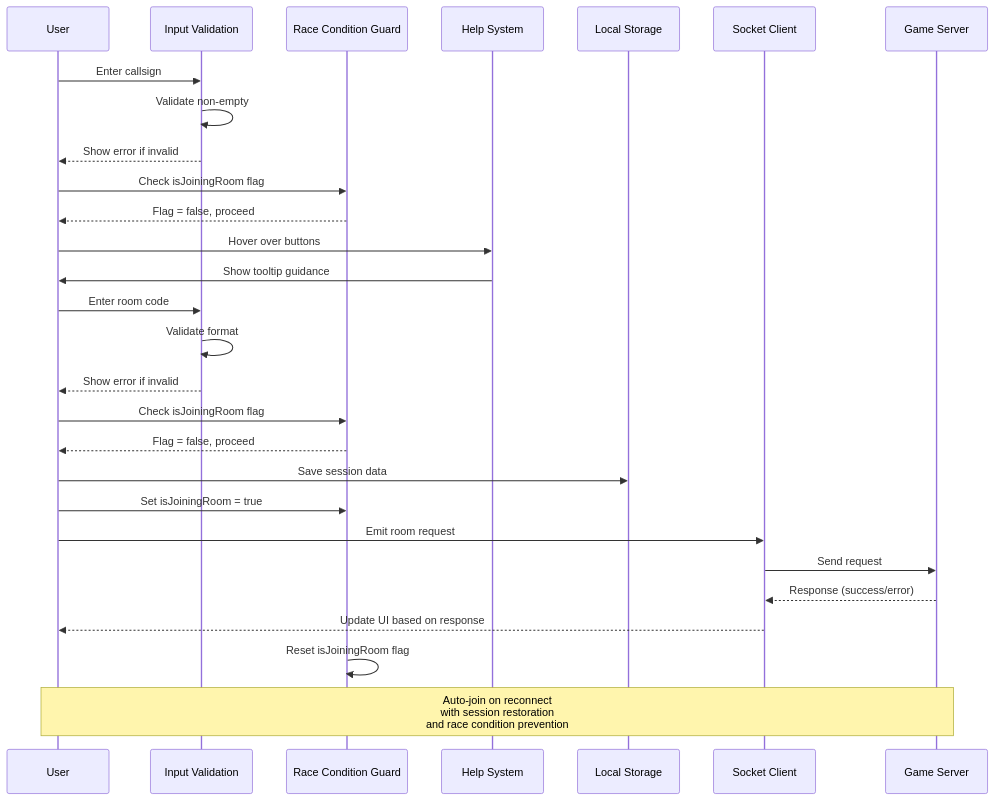
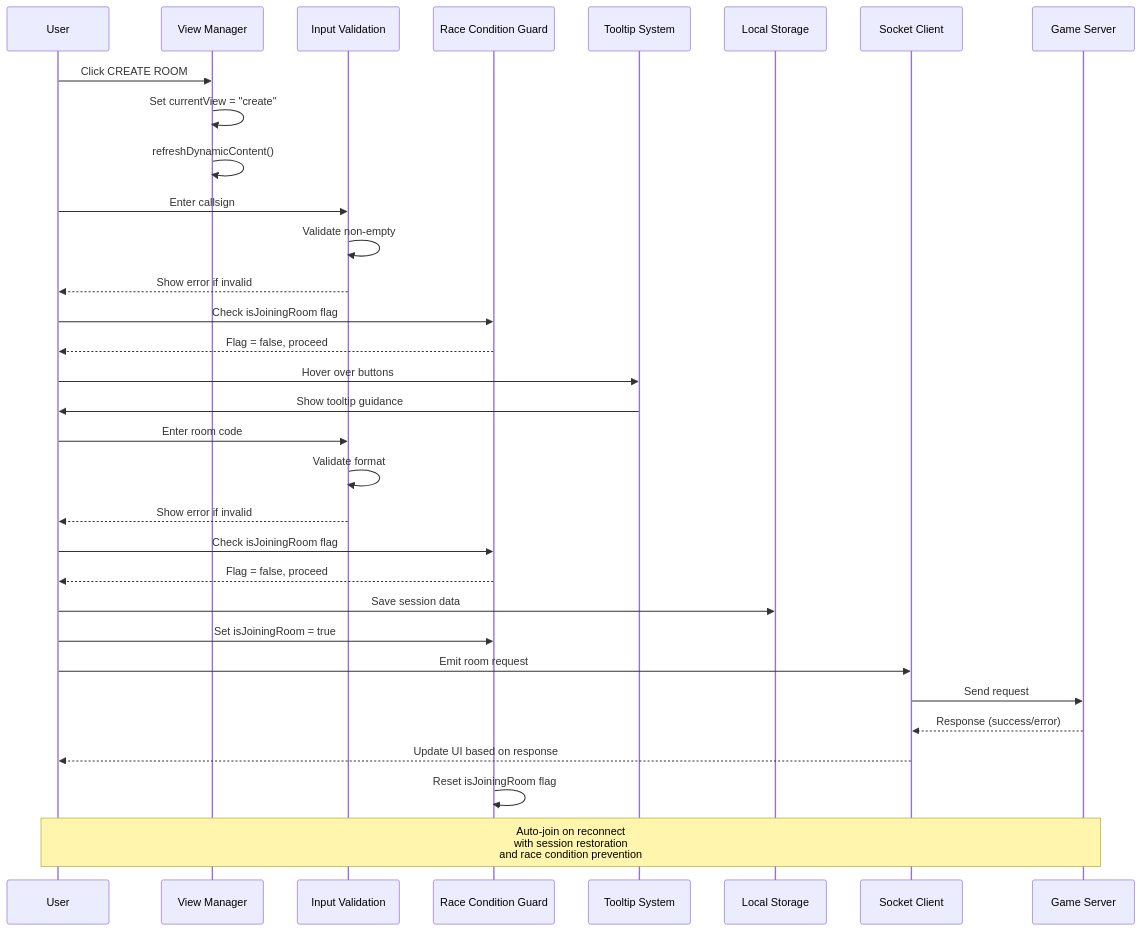
The fifth of 15 diagrams in .qoder/repowiki/en/content/Lobby Screen.md (dkoukoul/escape-room-mvp), drawn with Mermaid before and after one commit. The commit also changed other lines of this file and 1 other file, not shown here.

````diff
--- a/.qoder/repowiki/en/content/Lobby Screen.md
+++ b/.qoder/repowiki/en/content/Lobby Screen.md
@@ -285,30 +303,34 @@
 ```mermaid
 sequenceDiagram
 participant User as User
+participant ViewManager as View Manager
 participant Input as Input Validation
 participant RaceGuard as Race Condition Guard
-participant HelpSystem as Help System
+participant TooltipSystem as Tooltip System
 participant Storage as Local Storage
 participant Socket as Socket Client
 participant Server as Game Server
+User->>ViewManager : Click CREATE ROOM
+ViewManager->>ViewManager : Set currentView = "create"
+ViewManager->>ViewManager : refreshDynamicContent()
 User->>Input : Enter callsign
 Input->>Input : Validate non-empty
 Input-->>User : Show error if invalid
 User->>RaceGuard : Check isJoiningRoom flag
 RaceGuard-->>User : Flag = false, proceed
-User->>HelpSystem : Hover over buttons
-HelpSystem->>User : Show tooltip guidance
+User->>TooltipSystem : Hover over buttons
+TooltipSystem->>User : Show tooltip guidance
 User->>Input : Enter room code
 Input->>Input : Validate format
 Input-->>User : Show error if invalid
 User->>RaceGuard : Check isJoiningRoom flag
 RaceGuard-->>User : Flag = false, proceed
 User->>Storage : Save session data
 User->>RaceGuard : Set isJoiningRoom = true
 User->>Socket : Emit room request
 Socket->>Server : Send request
 Server-->>Socket : Response (success/error)
 Socket-->>User : Update UI based on response
 RaceGuard->>RaceGuard : Reset isJoiningRoom flag
 Note over User,Server : Auto-join on reconnect<br/>with session restoration<br/>and race condition prevention
 ```
````
